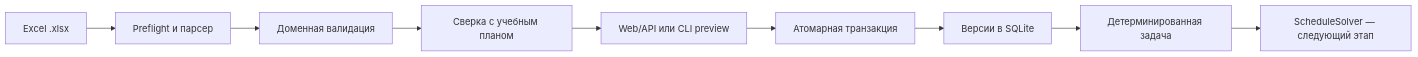
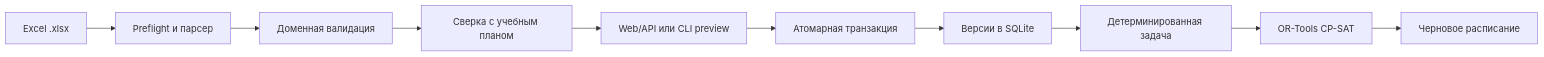
One commit to xelvhk/college_auto_schedule changed the diagram in README.md. Above: the diagram before and after it, drawn with Mermaid. The commit also changed other lines of this file and 4 other files, not shown here.

````diff
--- a/README.md
+++ b/README.md
@@ -97,11 +99,12 @@
 ```mermaid
 flowchart LR
     Excel["Excel .xlsx"] --> Guard["Preflight и парсер"]
     Guard --> Domain["Доменная валидация"]
     Domain --> Ready["Сверка с учебным планом"]
     Ready --> Preview["Web/API или CLI preview"]
     Preview --> Tx["Атомарная транзакция"]
     Tx --> SQLite["Версии в SQLite"]
     SQLite --> Problem["Детерминированная задача"]
-    Problem --> Generator["ScheduleSolver — следующий этап"]
+    Problem --> Generator["OR-Tools CP-SAT"]
+    Generator --> Draft["Черновое расписание"]
 ```
````
